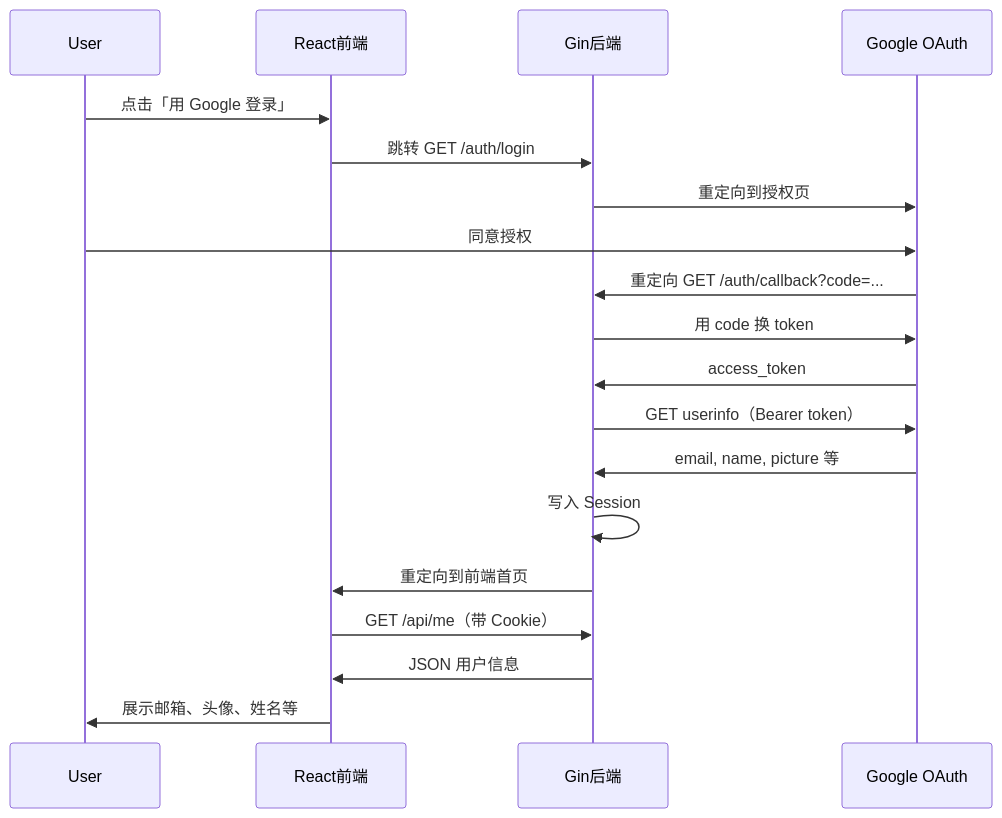
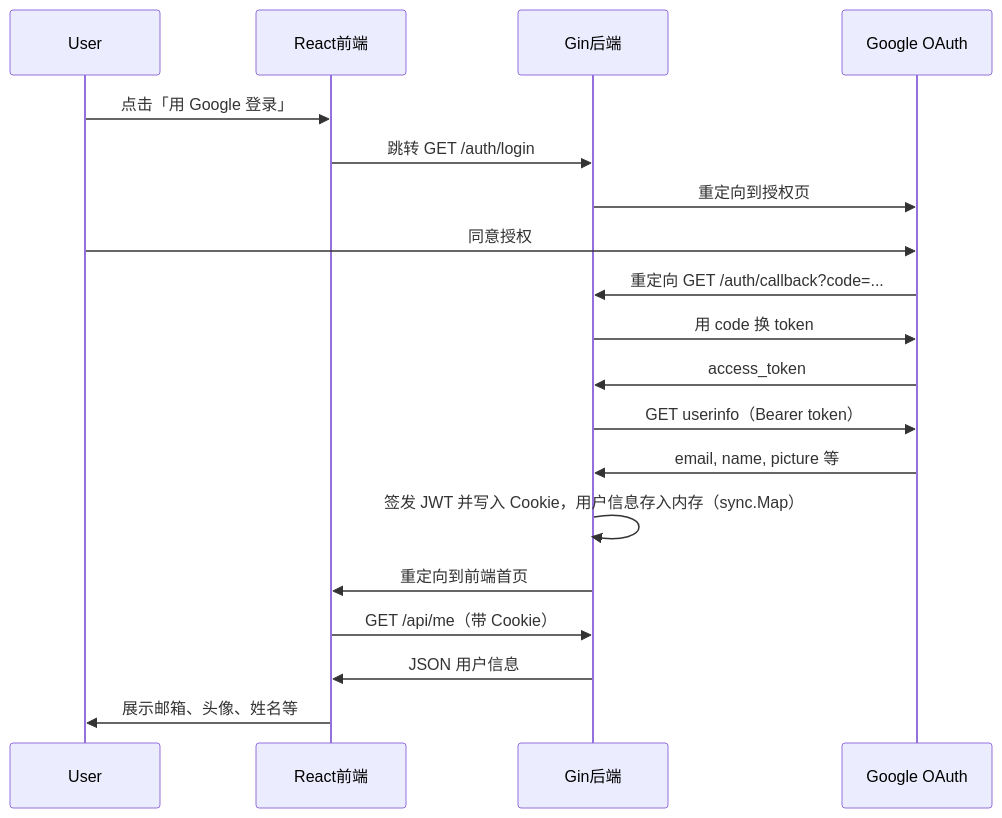
The first of 2 diagrams in google_oauth/README.md (gw-gong/demo), drawn with Mermaid before and after one commit. The commit also changed other lines of this file and 6 other files, not shown here.

````diff
--- a/google_oauth/README.md
+++ b/google_oauth/README.md
@@ -7,22 +7,22 @@
 ```mermaid
 sequenceDiagram
     participant User
     participant React as React前端
     participant Gin as Gin后端
     participant Google as Google OAuth
 
     User->>React: 点击「用 Google 登录」
     React->>Gin: 跳转 GET /auth/login
     Gin->>Google: 重定向到授权页
     User->>Google: 同意授权
     Google->>Gin: 重定向 GET /auth/callback?code=...
     Gin->>Google: 用 code 换 token
     Google->>Gin: access_token
     Gin->>Google: GET userinfo（Bearer token）
     Google->>Gin: email, name, picture 等
-    Gin->>Gin: 写入 Session
+    Gin->>Gin: 签发 JWT 并写入 Cookie，用户信息存入内存（sync.Map）
     Gin->>React: 重定向到前端首页
     React->>Gin: GET /api/me（带 Cookie）
     Gin->>React: JSON 用户信息
     React->>User: 展示邮箱、头像、姓名等
 ```
````
